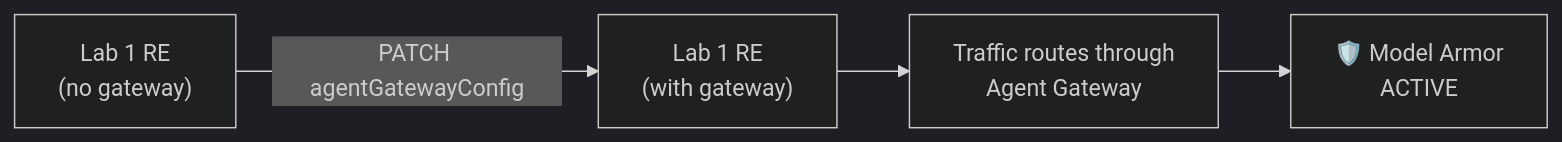
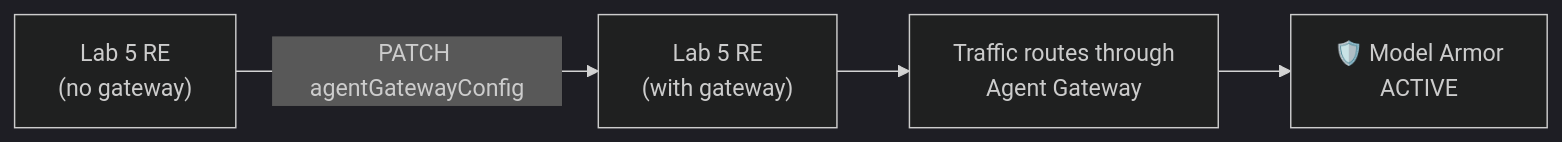
The second of 3 diagrams in README.md (GCP-Architecture-Guides/l400-agw-foundation), drawn with Mermaid (dark theme) before and after one commit. The commit also changed other lines of this file and 10 other files, not shown here.

````diff
--- a/README.md
+++ b/README.md
@@ -500,6 +500,6 @@
 ```mermaid
 graph LR
-    A["Lab 1 RE<br/>(no gateway)"] -->|"PATCH agentGatewayConfig"| B["Lab 1 RE<br/>(with gateway)"]
+    A["Lab 5 RE<br/>(no gateway)"] -->|"PATCH agentGatewayConfig"| B["Lab 5 RE<br/>(with gateway)"]
     B --> C["Traffic routes through<br/>Agent Gateway"]
     C --> D["🛡️ Model Armor<br/>ACTIVE"]
 ```
````
